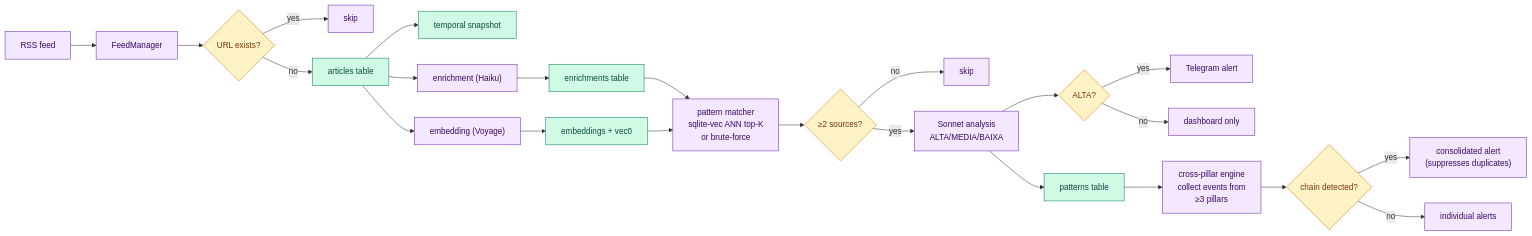
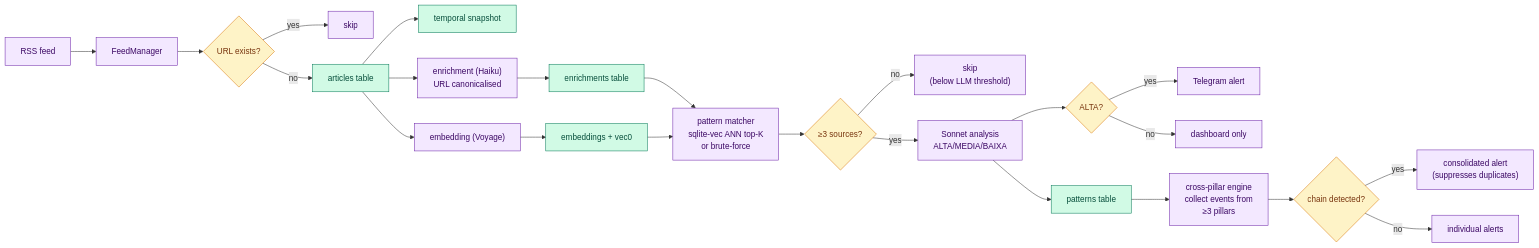
Before and after one commit to josecarlosjr/app-cla-image: the second of 3 diagrams in ARCHITECTURE.md, drawn with Mermaid. The commit also changed other lines of this file, not shown here.

First line of the commit message:
docs: reflect cost-optimisation pass in ARCHITECTURE.md

````diff
--- a/ARCHITECTURE.md
+++ b/ARCHITECTURE.md
@@ -160,25 +161,25 @@
 ```mermaid
 flowchart LR
     classDef step fill:#f3e8ff,stroke:#6b21a8,color:#3b0764
     classDef decision fill:#fef3c7,stroke:#d97706,color:#78350f
     classDef store fill:#d1fae5,stroke:#047857,color:#064e3b
 
     A["RSS feed"]:::step --> B["FeedManager"]:::step --> C{"URL exists?"}:::decision
     C -->|yes| D["skip"]:::step
     C -->|no| E["articles table"]:::store
     E --> F["temporal snapshot"]:::store
-    E --> G["enrichment (Haiku)"]:::step --> G2["enrichments table"]:::store
+    E --> G["enrichment (Haiku)<br/>URL canonicalised"]:::step --> G2["enrichments table"]:::store
     E --> H["embedding (Voyage)"]:::step --> H2["embeddings + vec0"]:::store
     G2 & H2 --> I["pattern matcher<br/>sqlite-vec ANN top-K<br/>or brute-force"]:::step
-    I --> J{"≥2 sources?"}:::decision
-    J -->|no| K["skip"]:::step
+    I --> J{"≥3 sources?"}:::decision
+    J -->|no| K["skip<br/>(below LLM threshold)"]:::step
     J -->|yes| L["Sonnet analysis<br/>ALTA/MEDIA/BAIXA"]:::step
     L --> M["patterns table"]:::store
     L --> N{"ALTA?"}:::decision
     N -->|yes| O["Telegram alert"]:::step
     N -->|no| P["dashboard only"]:::step
     M --> Q["cross-pillar engine<br/>collect events from<br/>≥3 pillars"]:::step
     Q --> R{"chain detected?"}:::decision
     R -->|yes| S["consolidated alert<br/>(suppresses duplicates)"]:::step
     R -->|no| T["individual alerts"]:::step
 ```
````
